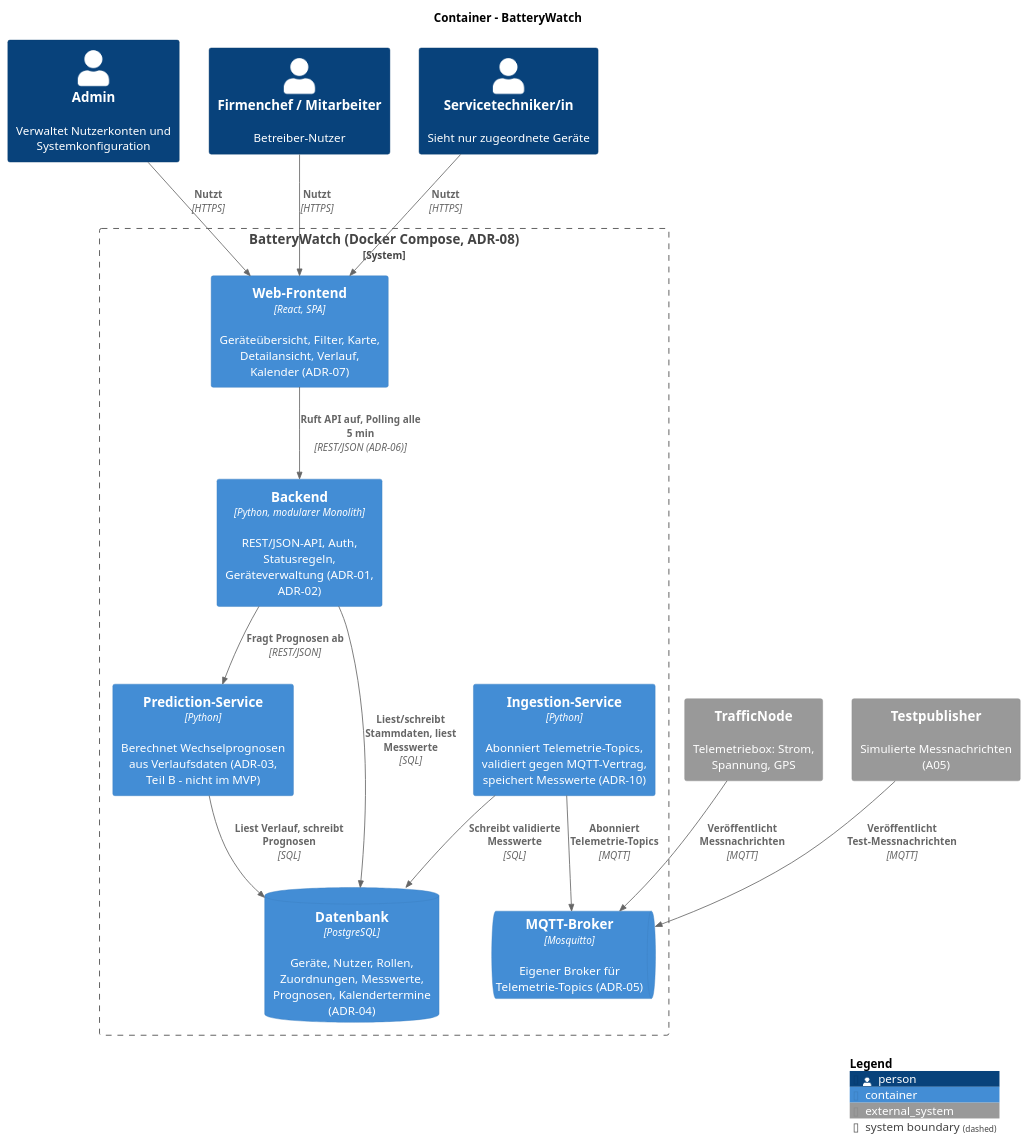
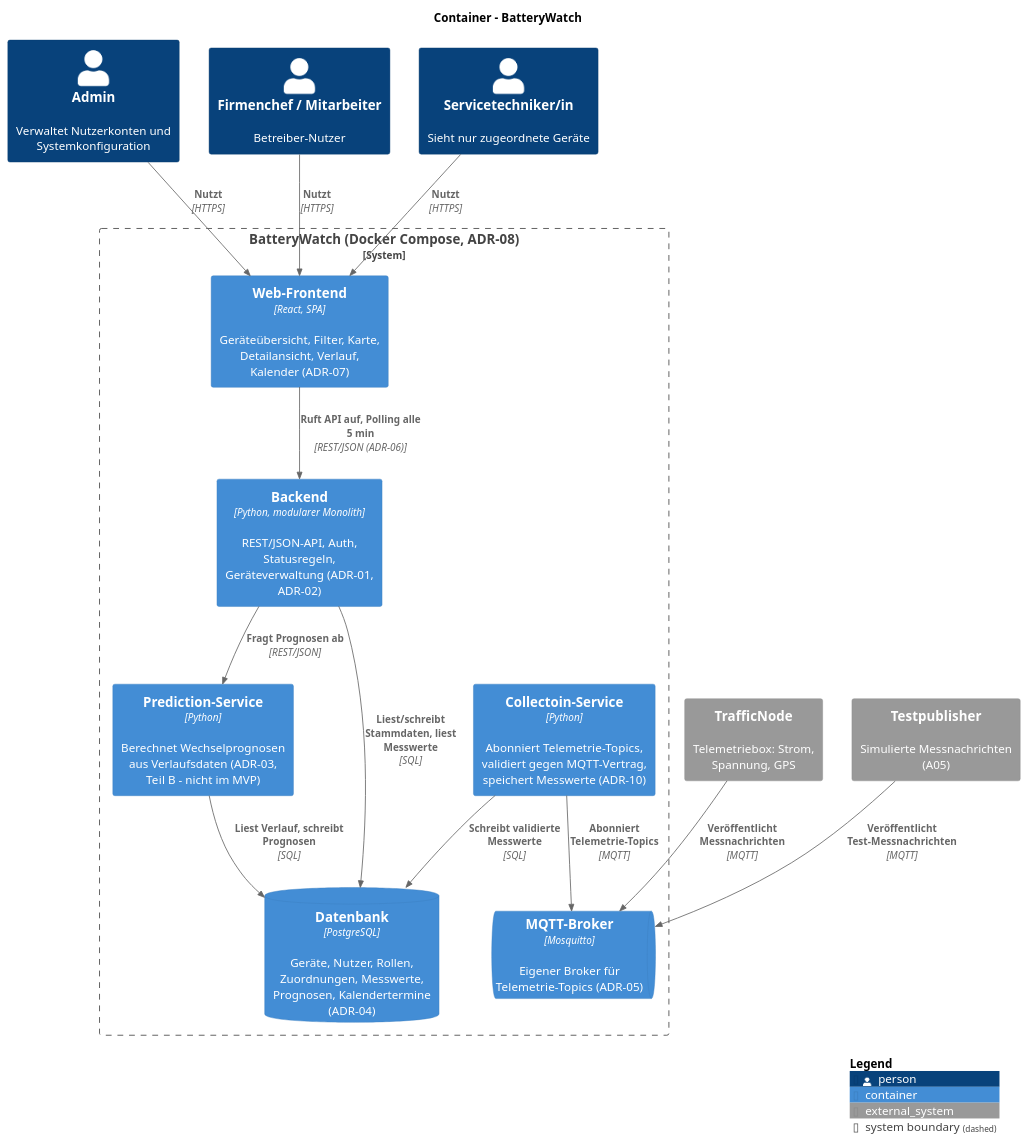
The second of 3 diagrams in docs/architectur/c4-diagram.puml (Totoba246/Software_Engineering_Semesterprojekt), drawn with PlantUML before and after one commit. The commit also changed 1 other file, not shown here.

Commit message:
Ingestion Service zu Collection service umbenannt

```diff
--- a/docs/architectur/c4-diagram.puml
+++ b/docs/architectur/c4-diagram.puml
@@ -36,37 +36,37 @@
 @startuml C4_Container_BatteryWatch
 !include <C4/C4_Container>
 
 title Container – BatteryWatch
 
 Person(admin, "Admin", "Verwaltet Nutzerkonten und Systemkonfiguration")
 Person(betreiber, "Firmenchef / Mitarbeiter", "Betreiber-Nutzer")
 Person(techniker, "Servicetechniker/in", "Sieht nur zugeordnete Geräte")
 
 System_Ext(trafficnode, "TrafficNode", "Telemetriebox: Strom, Spannung, GPS")
 System_Ext(testpublisher, "Testpublisher", "Simulierte Messnachrichten (A05)")
 
 System_Boundary(bw, "BatteryWatch (Docker Compose, ADR-08)") {
     Container(frontend, "Web-Frontend", "React, SPA", "Geräteübersicht, Filter, Karte, Detailansicht, Verlauf, Kalender (ADR-07)")
     Container(backend, "Backend", "Python, modularer Monolith", "REST/JSON-API, Auth, Statusregeln, Geräteverwaltung (ADR-01, ADR-02)")
-    Container(ingestion, "Ingestion-Service", "Python", "Abonniert Telemetrie-Topics, validiert gegen MQTT-Vertrag, speichert Messwerte (ADR-10)")
+    Container(ingestion, "Collectoin-Service", "Python", "Abonniert Telemetrie-Topics, validiert gegen MQTT-Vertrag, speichert Messwerte (ADR-10)")
     Container(prediction, "Prediction-Service", "Python", "Berechnet Wechselprognosen aus Verlaufsdaten (ADR-03, Teil B – nicht im MVP)")
     ContainerQueue(broker, "MQTT-Broker", "Mosquitto", "Eigener Broker für Telemetrie-Topics (ADR-05)")
     ContainerDb(db, "Datenbank", "PostgreSQL", "Geräte, Nutzer, Rollen, Zuordnungen, Messwerte, Prognosen, Kalendertermine (ADR-04)")
 }
 
 Rel(admin, frontend, "Nutzt", "HTTPS")
 Rel(betreiber, frontend, "Nutzt", "HTTPS")
 Rel(techniker, frontend, "Nutzt", "HTTPS")
 
 Rel(frontend, backend, "Ruft API auf, Polling alle 5 min", "REST/JSON (ADR-06)")
 Rel(backend, prediction, "Fragt Prognosen ab", "REST/JSON")
 Rel(backend, db, "Liest/schreibt Stammdaten, liest Messwerte", "SQL")
 
 Rel(trafficnode, broker, "Veröffentlicht Messnachrichten", "MQTT")
 Rel(testpublisher, broker, "Veröffentlicht Test-Messnachrichten", "MQTT")
 Rel(ingestion, broker, "Abonniert Telemetrie-Topics", "MQTT")
 Rel(ingestion, db, "Schreibt validierte Messwerte", "SQL")
 Rel(prediction, db, "Liest Verlauf, schreibt Prognosen", "SQL")
 
 SHOW_LEGEND()
 @enduml
```
